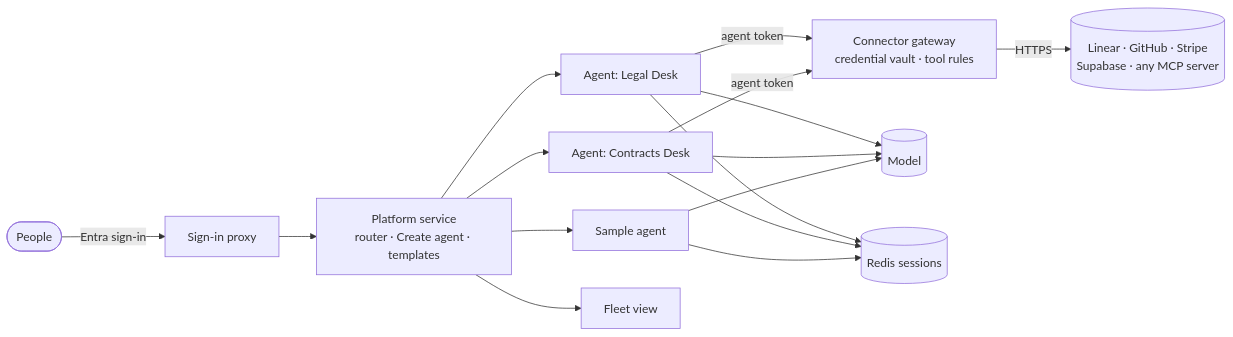
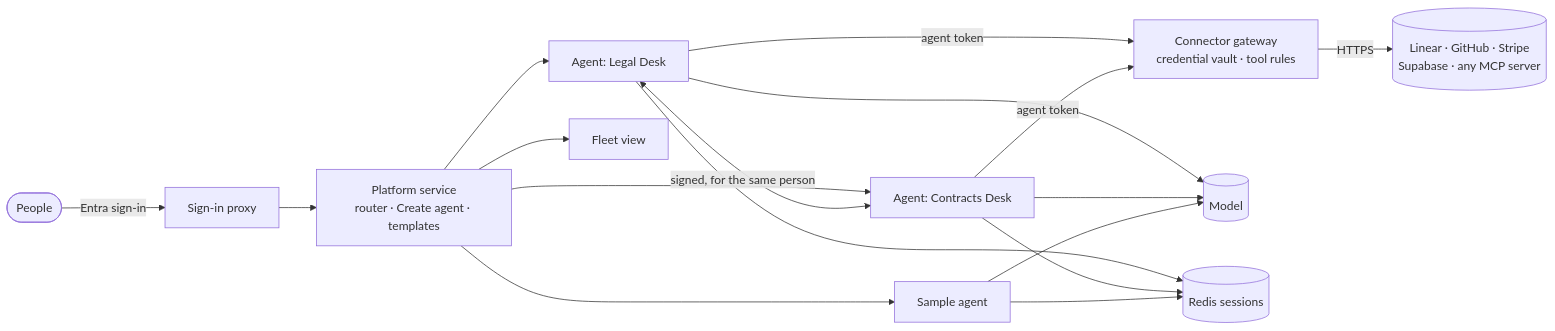
One commit to bensunder/maf-golden-path changed the diagram in README.md. Above: the diagram before and after it, drawn with Mermaid. The commit also changed other lines of this file and 79 other files, not shown here.

````diff
--- a/README.md
+++ b/README.md
@@ -282,13 +310,14 @@
 ```mermaid
 flowchart LR
     U([People]) -->|Entra sign-in| P[Sign-in proxy]
     P --> R[Platform service<br/>router · Create agent · templates]
     R --> S[Sample agent]
     R --> A1[Agent: Legal Desk]
     R --> A2[Agent: Contracts Desk]
     R --> F[Fleet view]
     A1 & A2 -->|agent token| G[Connector gateway<br/>credential vault · tool rules]
     G -->|HTTPS| V[(Linear · GitHub · Stripe<br/>Supabase · any MCP server)]
+    A1 <-->|signed, for the same person| A2
     A1 & A2 & S --> M[(Model)]
     A1 & A2 & S --> D[(Redis sessions)]
 ```
````
